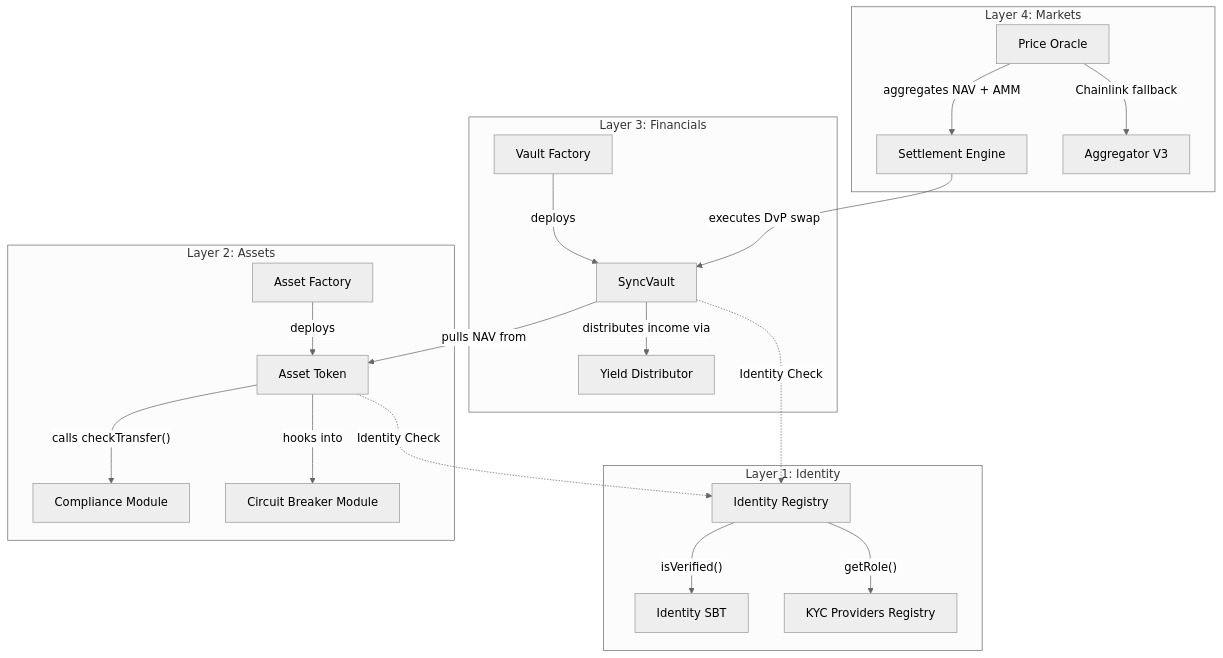
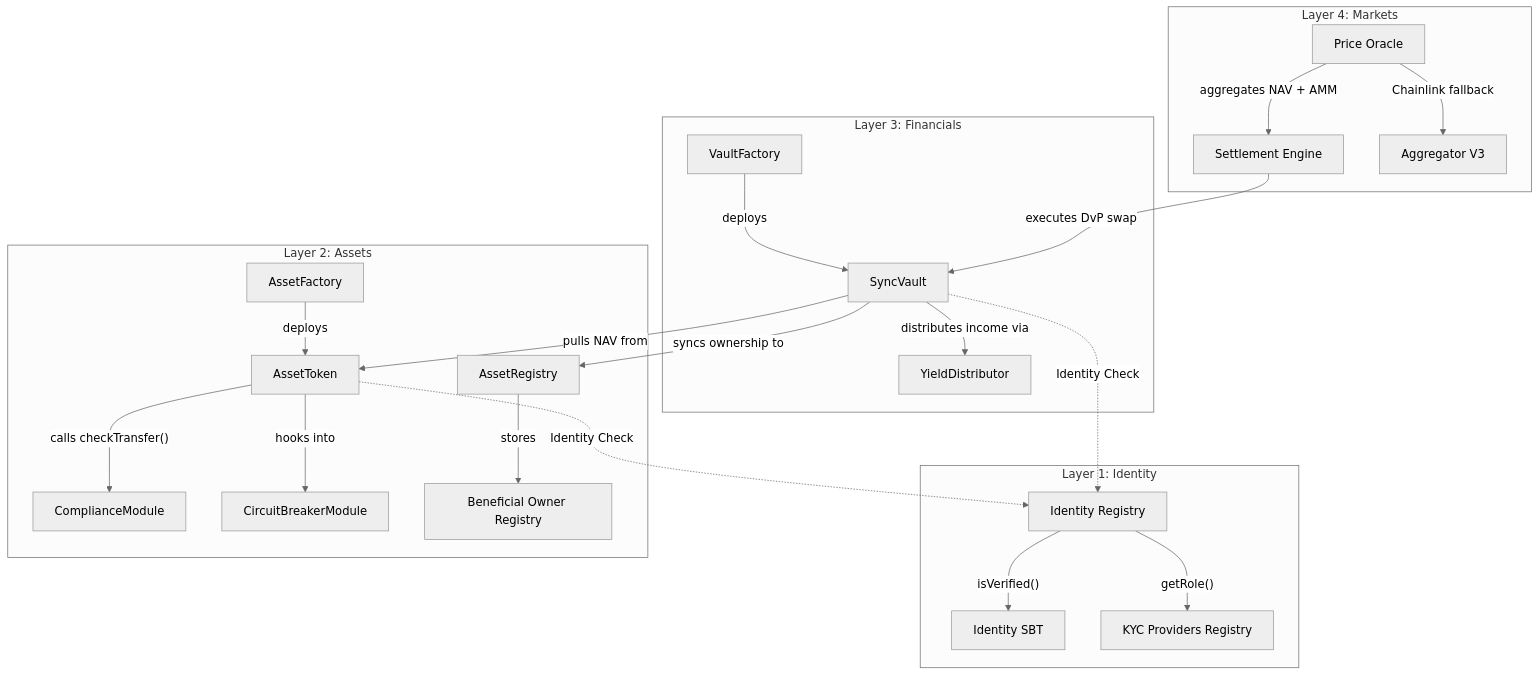
Before and after one commit to Fathimaath/CRATS-Protocol: the diagram in CRAT-Protocol-layer.md, drawn with Mermaid (neutral theme). The commit also changed other lines of this file and 38 other files, not shown here.

````diff
--- a/CRAT-Protocol-layer.md
+++ b/CRAT-Protocol-layer.md
@@ -34,28 +35,30 @@
 ```mermaid
 graph TD
     subgraph "Layer 1: Identity"
         IR[Identity Registry] -->|"isVerified()"| SBT[Identity SBT]
         IR -->|"getRole()"| KR[KYC Providers Registry]
     end
 
     subgraph "Layer 2: Assets"
-        AF[Asset Factory] -->|"deploys"| AT[Asset Token]
-        AT -->|"calls checkTransfer()"| CM[Compliance Module]
-        AT -->|"hooks into"| CB[Circuit Breaker Module]
+        AF[AssetFactory] -->|"deploys"| AT[AssetToken]
+        AT -->|"calls checkTransfer()"| CM[ComplianceModule]
+        AT -->|"hooks into"| CB[CircuitBreakerModule]
+        AR[AssetRegistry] -->|"stores"| BOR[Beneficial Owner Registry]
     end
 
     subgraph "Layer 3: Financials"
-        VF[Vault Factory] -->|"deploys"| SV[SyncVault]
+        VF[VaultFactory] -->|"deploys"| SV[SyncVault]
         SV -->|"pulls NAV from"| AT
-        SV -->|"distributes income via"| YD[Yield Distributor]
+        SV -->|"distributes income via"| YD[YieldDistributor]
+        SV -->|"syncs ownership to"| AR
     end
 
     subgraph "Layer 4: Markets"
         SE[Settlement Engine] -->|"executes DvP swap"| SV
         PO[Price Oracle] -->|"aggregates NAV + AMM"| SE
         PO -->|"Chainlink fallback"| CL[Aggregator V3]
     end
 
     SV -.->|Identity Check| IR
     AT -.->|Identity Check| IR
 ```
````
